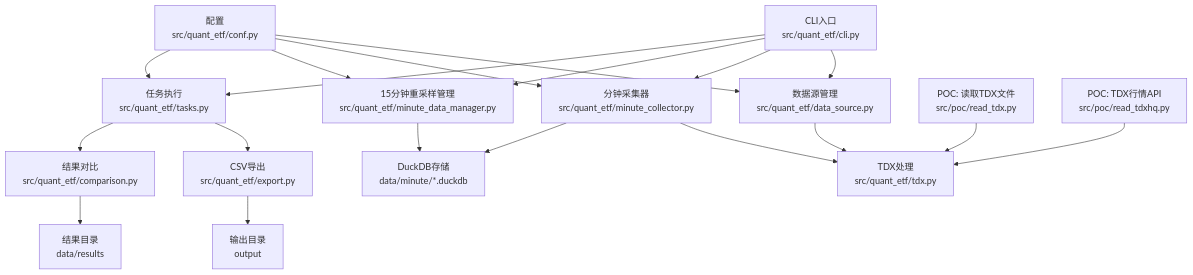
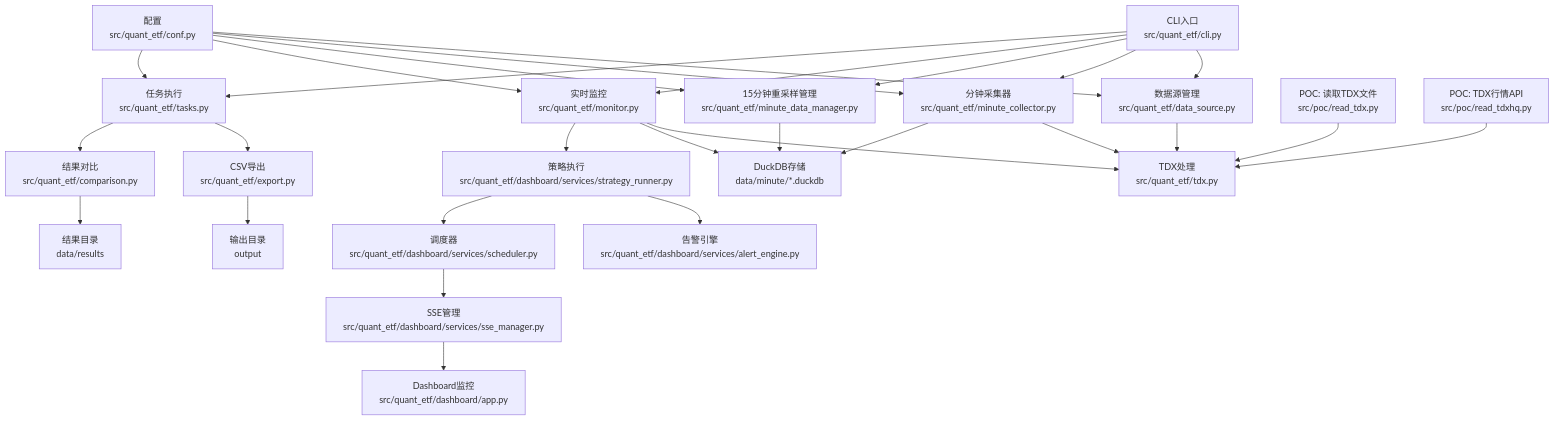
Before and after one commit to ldeng76/quant-ETF: the first of 11 diagrams in .qoder/repowiki/zh/content/数据处理系统/数据处理系统.md, drawn with Mermaid. The commit also changed other lines of this file and 12 other files, not shown here.

````diff
--- a/.qoder/repowiki/zh/content/数据处理系统/数据处理系统.md
+++ b/.qoder/repowiki/zh/content/数据处理系统/数据处理系统.md
@@ -48,21 +65,30 @@
 ```mermaid
 graph TB
 CLI["CLI入口<br/>src/quant_etf/cli.py"] --> DS["数据源管理<br/>src/quant_etf/data_source.py"]
 CLI --> MC["分钟采集器<br/>src/quant_etf/minute_collector.py"]
 CLI --> MDM["15分钟重采样管理<br/>src/quant_etf/minute_data_manager.py"]
+CLI --> MON["实时监控<br/>src/quant_etf/monitor.py"]
 CLI --> TASKS["任务执行<br/>src/quant_etf/tasks.py"]
 TASKS --> EXPORT["CSV导出<br/>src/quant_etf/export.py"]
 TASKS --> COMPARE["结果对比<br/>src/quant_etf/comparison.py"]
 DS --> TDX["TDX处理<br/>src/quant_etf/tdx.py"]
 MC --> TDX
 MC --> DUCKDB["DuckDB存储<br/>data/minute/*.duckdb"]
 MDM --> DUCKDB
+MON --> TDX
+MON --> DUCKDB
+MON --> STRATEGY["策略执行<br/>src/quant_etf/dashboard/services/strategy_runner.py"]
+STRATEGY --> ALERT["告警引擎<br/>src/quant_etf/dashboard/services/alert_engine.py"]
+STRATEGY --> SCHED["调度器<br/>src/quant_etf/dashboard/services/scheduler.py"]
+SCHED --> SSE["SSE管理<br/>src/quant_etf/dashboard/services/sse_manager.py"]
+SSE --> DASH["Dashboard监控<br/>src/quant_etf/dashboard/app.py"]
 COMPARE --> RESULTS["结果目录<br/>data/results"]
 EXPORT --> OUTPUT["输出目录<br/>output"]
 CONF["配置<br/>src/quant_etf/conf.py"] --> DS
 CONF --> MC
 CONF --> MDM
+CONF --> MON
 CONF --> TASKS
 POC1["POC: 读取TDX文件<br/>src/poc/read_tdx.py"] --> TDX
 POC2["POC: TDX行情API<br/>src/poc/read_tdxhq.py"] --> TDX
 ```
````
